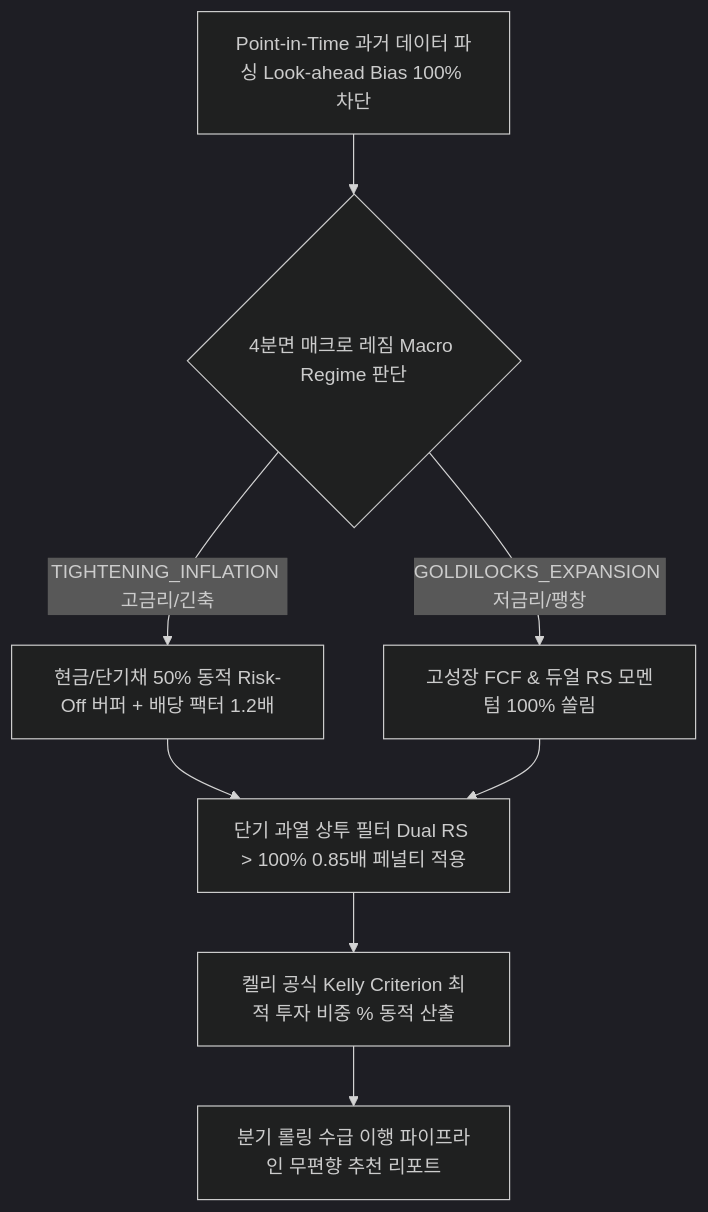
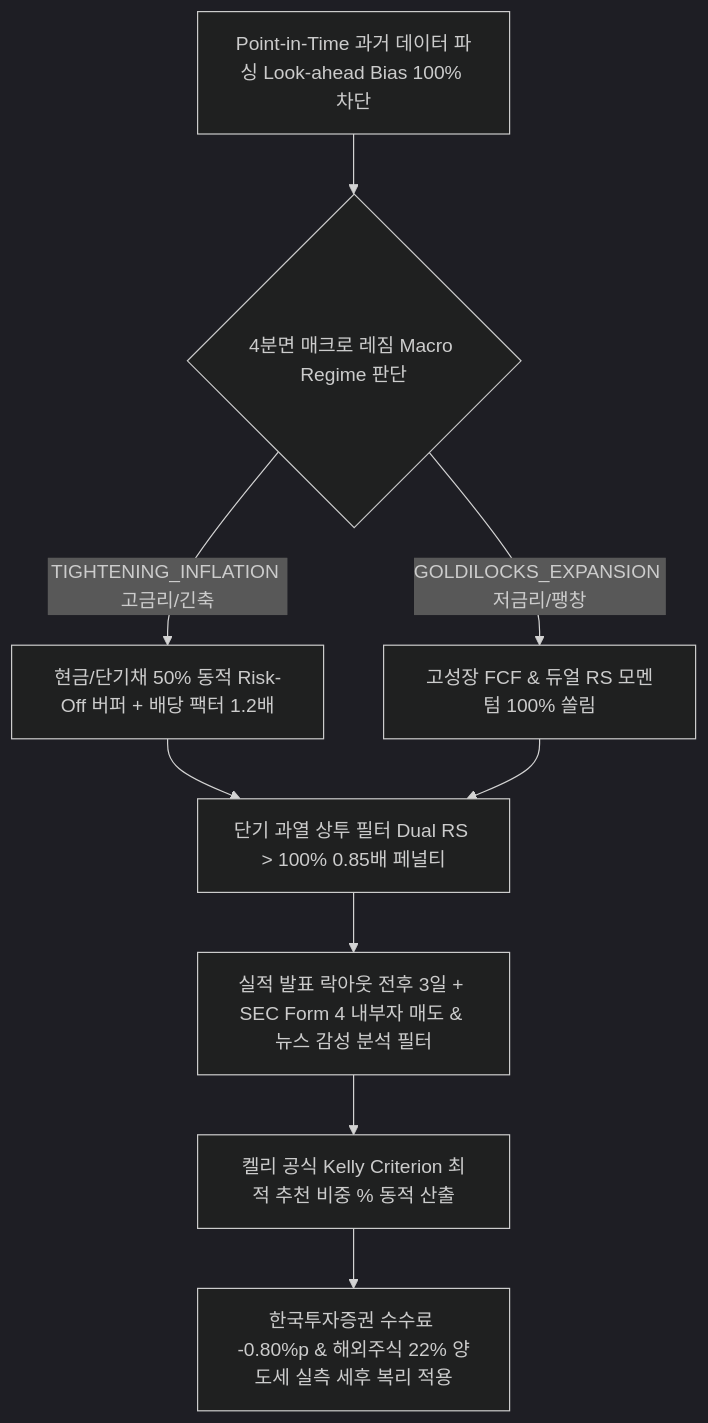
Before and after one commit to tjrdlsck/StockLatte: the diagram in docs/STRATEGY_AUDIT_REPORT.md, drawn with Mermaid (dark theme). The commit also changed other lines of this file and 5 other files, not shown here.

````diff
--- a/docs/STRATEGY_AUDIT_REPORT.md
+++ b/docs/STRATEGY_AUDIT_REPORT.md
@@ -11,10 +11,11 @@
 ```mermaid
 graph TD
     A[Point-in-Time 과거 데이터 파싱 Look-ahead Bias 100% 차단] --> B{4분면 매크로 레짐 Macro Regime 판단}
     B -->|TIGHTENING_INFLATION 고금리/긴축| C[현금/단기채 50% 동적 Risk-Off 버퍼 + 배당 팩터 1.2배]
     B -->|GOLDILOCKS_EXPANSION 저금리/팽창| D[고성장 FCF & 듀얼 RS 모멘텀 100% 쏠림]
-    C --> E[단기 과열 상투 필터 Dual RS > 100% 0.85배 페널티 적용]
+    C --> E[단기 과열 상투 필터 Dual RS > 100% 0.85배 페널티]
     D --> E
-    E --> F[켈리 공식 Kelly Criterion 최적 투자 비중 % 동적 산출]
-    F --> G[분기 롤링 수급 이행 파이프라인 무편향 추천 리포트]
+    E --> F[실적 발표 락아웃 전후 3일 + SEC Form 4 내부자 매도 & 뉴스 감성 분석 필터]
+    F --> G[켈리 공식 Kelly Criterion 최적 추천 비중 % 동적 산출]
+    G --> H[한국투자증권 수수료 -0.80%p & 해외주식 22% 양도세 실측 세후 복리 적용]
 ```
````
